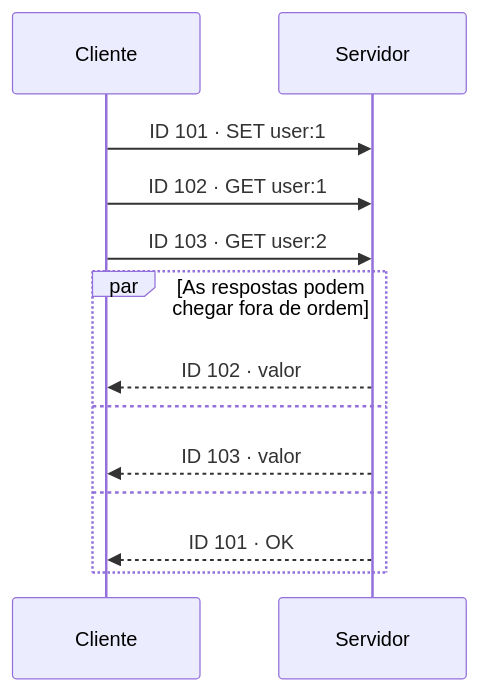
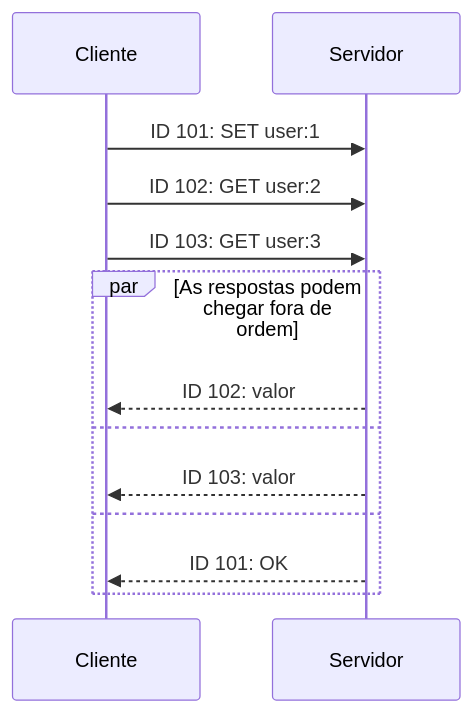
One commit to dyotamo/blog changed the fourth of 5 diagrams in content/pt/articles/nebula-protocol/index.md. Above: the diagram before and after it, drawn with Mermaid. The commit also changed other lines of this file and 26 other files, not shown here.

````diff
--- a/content/pt/articles/nebula-protocol/index.md
+++ b/content/pt/articles/nebula-protocol/index.md
@@ -397,15 +387,15 @@
 ```mermaid
 sequenceDiagram
     participant Cliente
     participant Servidor
-    Cliente->>Servidor: ID 101 · SET user:1
-    Cliente->>Servidor: ID 102 · GET user:1
-    Cliente->>Servidor: ID 103 · GET user:2
+    Cliente->>Servidor: ID 101: SET user:1
+    Cliente->>Servidor: ID 102: GET user:2
+    Cliente->>Servidor: ID 103: GET user:3
     par As respostas podem chegar fora de ordem
-        Servidor-->>Cliente: ID 102 · valor
+        Servidor-->>Cliente: ID 102: valor
     and
-        Servidor-->>Cliente: ID 103 · valor
+        Servidor-->>Cliente: ID 103: valor
     and
-        Servidor-->>Cliente: ID 101 · OK
+        Servidor-->>Cliente: ID 101: OK
     end
 ```
````
